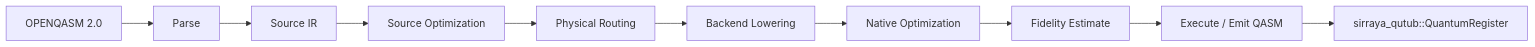
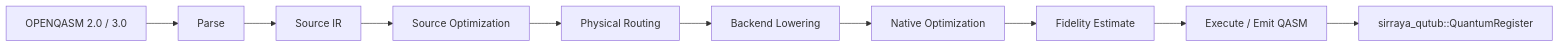
One commit to sirraya-labs/QuTub-Transpiler changed the first of 9 diagrams in ARCHITECTURE.md. Above: the diagram before and after it, drawn with Mermaid. The commit also changed other lines of this file and 13 other files, not shown here.

````diff
--- a/ARCHITECTURE.md
+++ b/ARCHITECTURE.md
@@ -15,12 +15,12 @@
 ```mermaid
 flowchart LR
-    A["OPENQASM 2.0"] --> B["Parse"]
+    A["OPENQASM 2.0 / 3.0"] --> B["Parse"]
     B --> C["Source IR"]
     C --> D["Source Optimization"]
     D --> E["Physical Routing"]
     E --> F["Backend Lowering"]
     F --> G["Native Optimization"]
     G --> H["Fidelity Estimate"]
     H --> I["Execute / Emit QASM"]
     I --> J["sirraya_qutub::QuantumRegister"]
 ```
````
